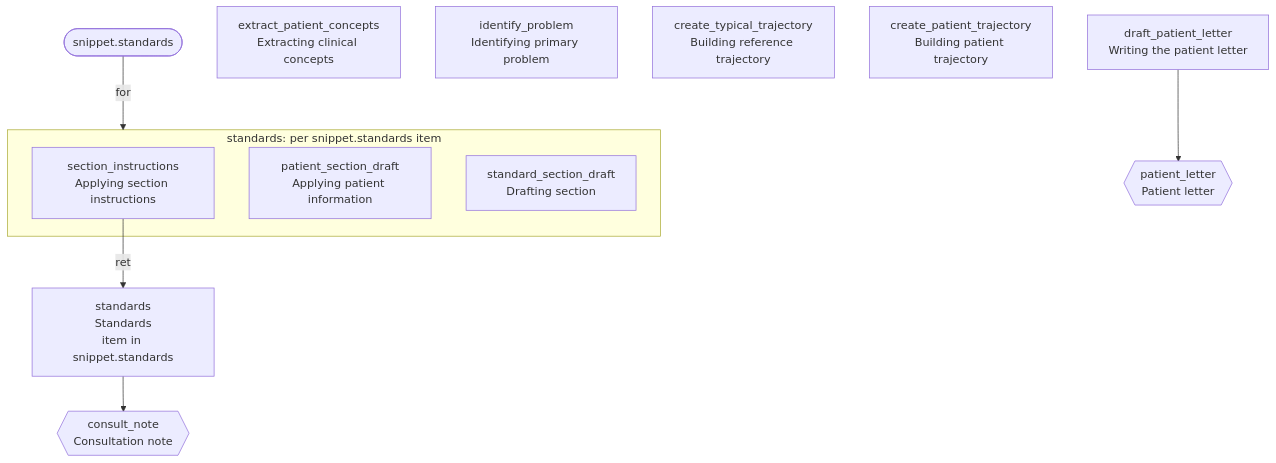
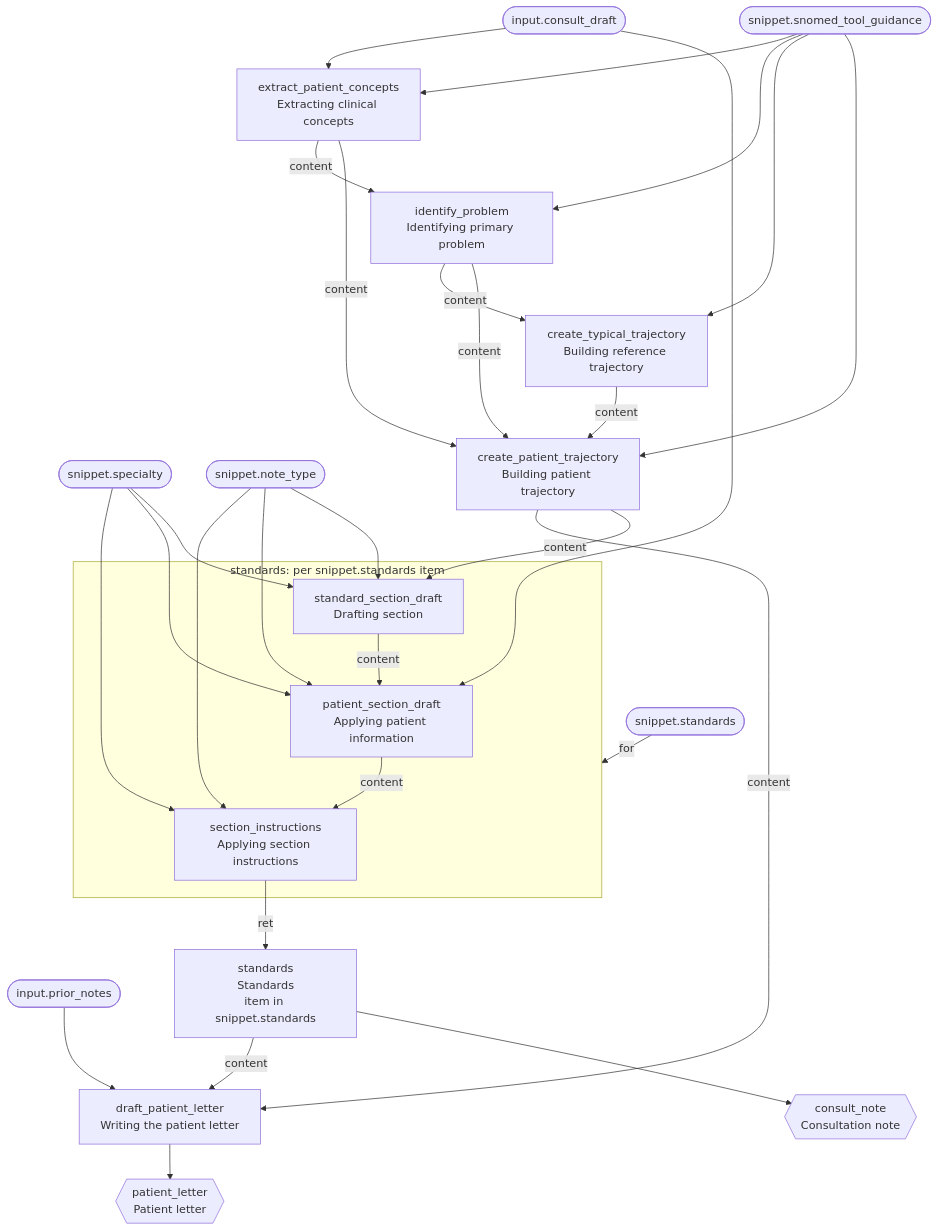
One commit to Consultologist/consultologist-workflows changed the diagram in packages/example-two-documents/dag.mmd. Above: the diagram before and after it, drawn with Mermaid. The commit also changed 6 other files, not shown here.

```diff
--- a/packages/example-two-documents/dag.mmd
+++ b/packages/example-two-documents/dag.mmd
@@ -1,22 +1,50 @@
 flowchart TD
     snippet_standards(["snippet.standards"])
+    input_consult_draft(["input.consult_draft"])
+    snippet_snomed_tool_guidance(["snippet.snomed_tool_guidance"])
+    snippet_specialty(["snippet.specialty"])
+    snippet_note_type(["snippet.note_type"])
+    input_prior_notes(["input.prior_notes"])
 
     extract_patient_concepts["extract_patient_concepts<br/>Extracting clinical concepts"]
+    input_consult_draft --> extract_patient_concepts
+    snippet_snomed_tool_guidance --> extract_patient_concepts
     identify_problem["identify_problem<br/>Identifying primary problem"]
+    extract_patient_concepts -->|"content"| identify_problem
+    snippet_snomed_tool_guidance --> identify_problem
     create_typical_trajectory["create_typical_trajectory<br/>Building reference trajectory"]
+    identify_problem -->|"content"| create_typical_trajectory
+    snippet_snomed_tool_guidance --> create_typical_trajectory
     create_patient_trajectory["create_patient_trajectory<br/>Building patient trajectory"]
+    identify_problem -->|"content"| create_patient_trajectory
+    extract_patient_concepts -->|"content"| create_patient_trajectory
+    create_typical_trajectory -->|"content"| create_patient_trajectory
+    snippet_snomed_tool_guidance --> create_patient_trajectory
     draft_patient_letter["draft_patient_letter<br/>Writing the patient letter"]
+    standards -->|"content"| draft_patient_letter
+    create_patient_trajectory -->|"content"| draft_patient_letter
+    input_prior_notes --> draft_patient_letter
 
     snippet_standards -->|"for"| for_standards
     subgraph for_standards["standards: per snippet.standards item"]
         section_instructions["section_instructions<br/>Applying section instructions"]
         patient_section_draft["patient_section_draft<br/>Applying patient information"]
         standard_section_draft["standard_section_draft<br/>Drafting section"]
+        patient_section_draft -->|"content"| section_instructions
+        standard_section_draft -->|"content"| patient_section_draft
     end
     standards["standards<br/>Standards<br/>item in snippet.standards"]
     section_instructions -->|"ret"| standards
+    snippet_specialty --> section_instructions
+    snippet_note_type --> section_instructions
+    input_consult_draft --> patient_section_draft
+    snippet_specialty --> patient_section_draft
+    snippet_note_type --> patient_section_draft
+    create_patient_trajectory -->|"content"| standard_section_draft
+    snippet_specialty --> standard_section_draft
+    snippet_note_type --> standard_section_draft
 
     result_consult_note{{"consult_note<br/>Consultation note"}}
     standards --> result_consult_note
     result_patient_letter{{"patient_letter<br/>Patient letter"}}
     draft_patient_letter --> result_patient_letter
```
